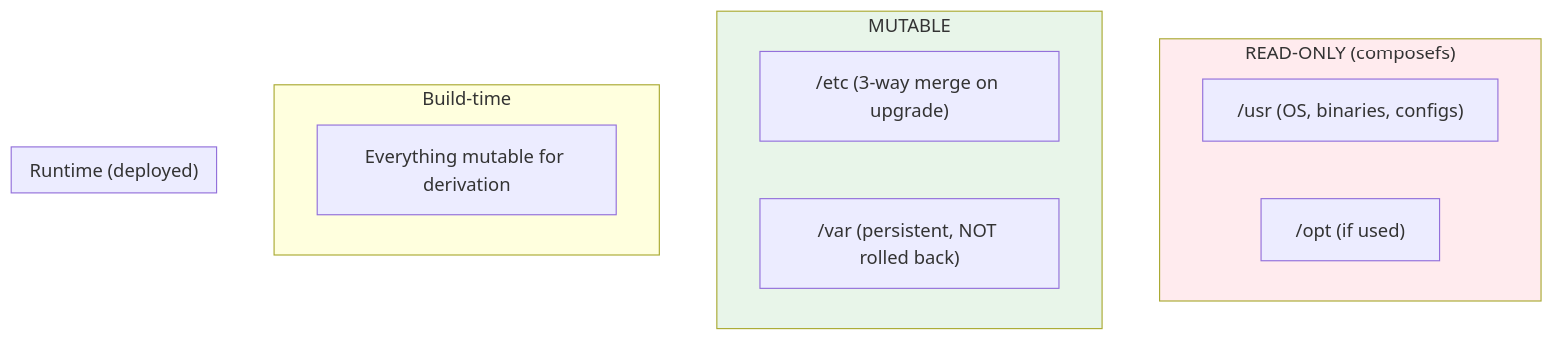
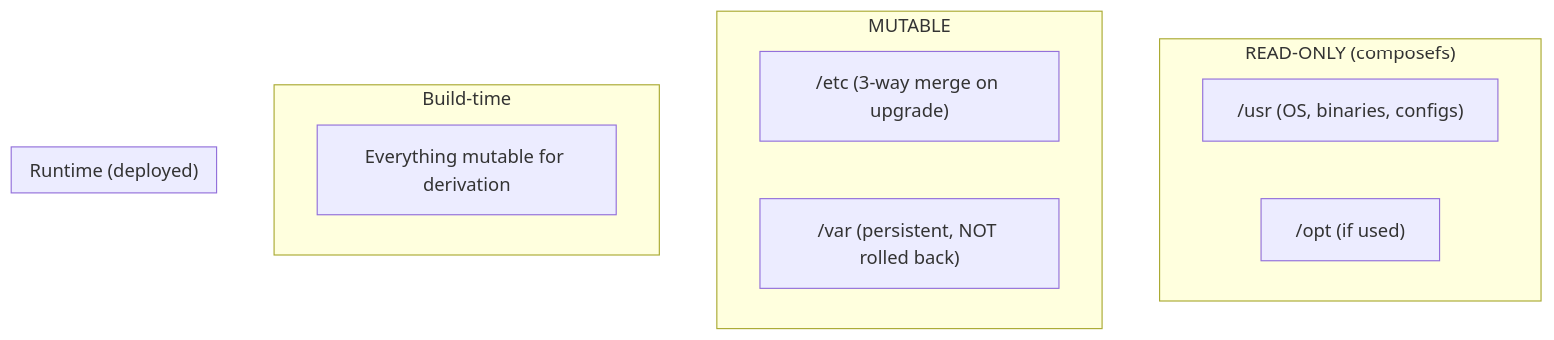
The third of 6 diagrams in docs/000-architecture-overview.md (duyhenryer/bootc-testboot), drawn with Mermaid before and after one commit. The commit also changed other lines of this file and 24 other files, not shown here.

````diff
--- a/docs/000-architecture-overview.md
+++ b/docs/000-architecture-overview.md
@@ -114,26 +115,23 @@
 ```mermaid
 flowchart TB
     subgraph ReadOnly["READ-ONLY (composefs)"]
         USR["/usr (OS, binaries, configs)"]
         OPT["/opt (if used)"]
     end
 
     subgraph Mutable["MUTABLE"]
         ETCDIR["/etc (3-way merge on upgrade)"]
         VARDIR["/var (persistent, NOT rolled back)"]
     end
 
     subgraph Build["Build-time"]
         B1["Everything mutable for derivation"]
     end
 
     subgraph Runtime["Runtime (deployed)"]
         USR
         OPT
         ETCDIR
         VARDIR
     end
-
-    style ReadOnly fill:#ffebee
-    style Mutable fill:#e8f5e9
 ```
````
